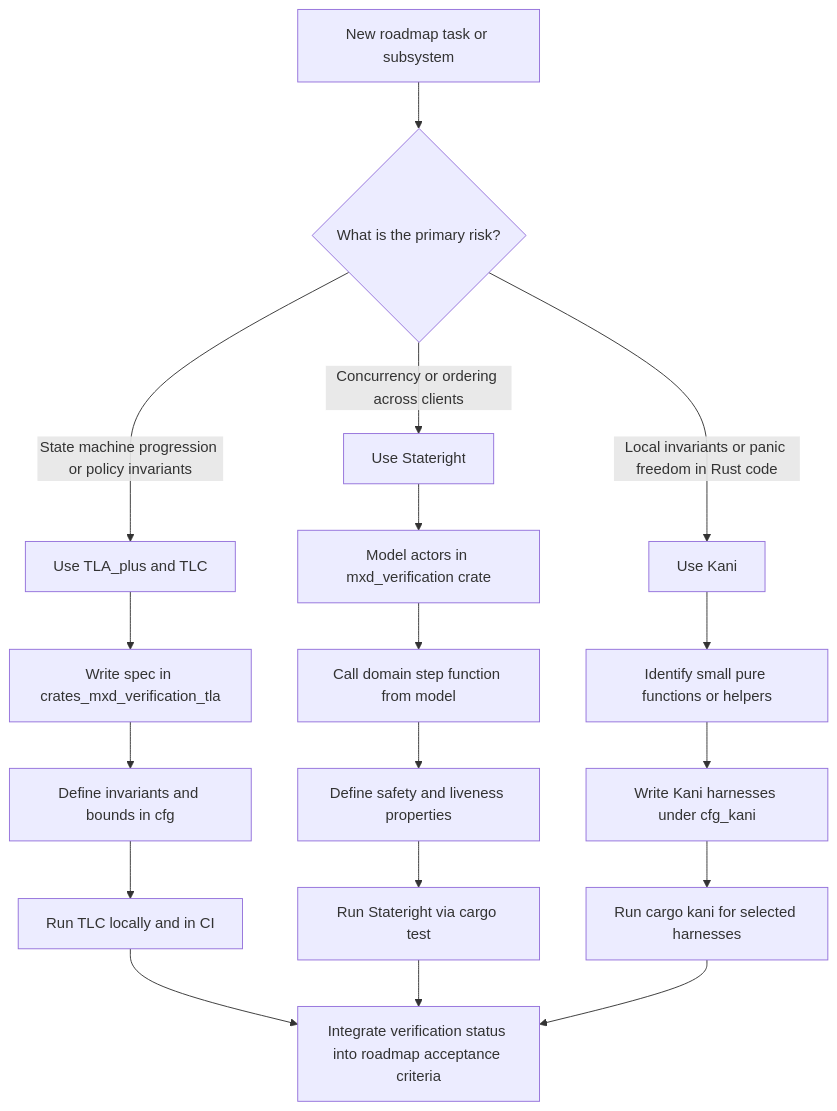
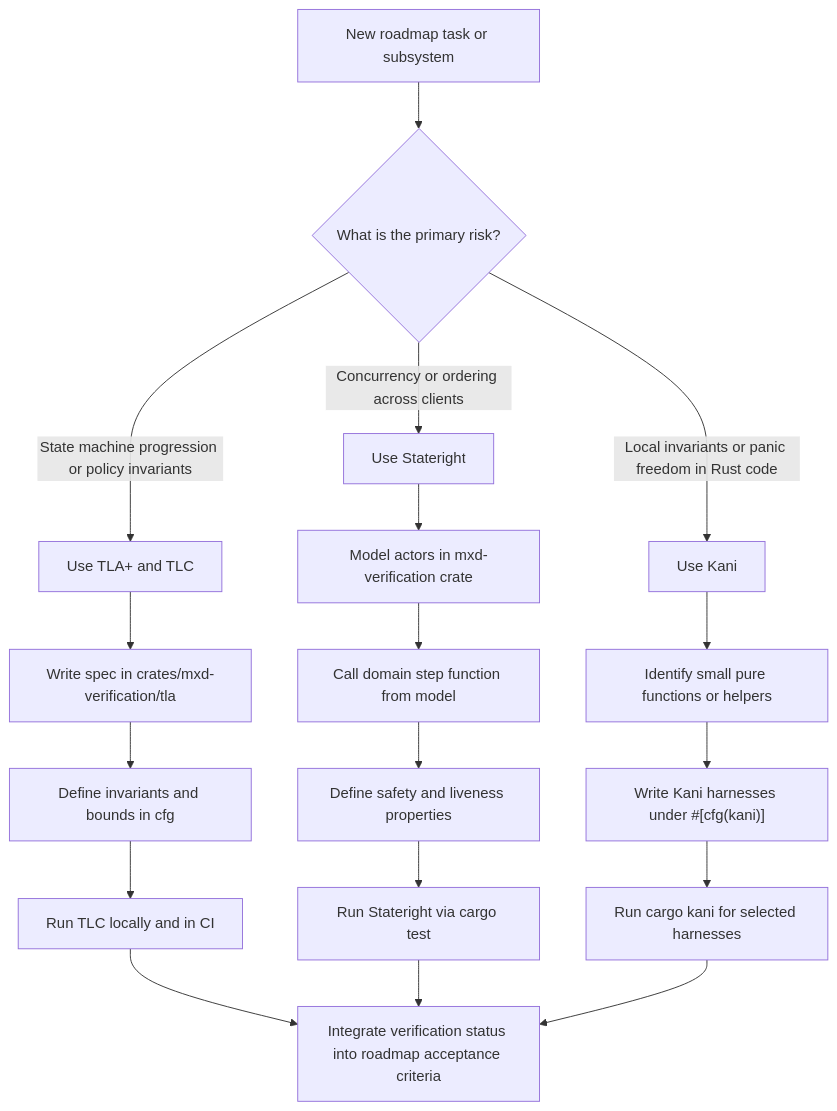
Before and after one commit to leynos/mxd: the diagram in docs/verification-strategy.md, drawn with Mermaid. The commit also changed 1 other file, not shown here.

Commit message:
docs(verification, roadmap): fix terminology and formatting in verification and roadmap docs
- In docs/roadmap.md, expanded 'ACL' abbreviation and improved line wraps.
- In docs/verification-strategy.md, fixed references to TLA+ and crate paths to match conventions.
- Added missing Rust attribute syntax #[cfg(kani)] for clarity in Kani harness section.

````diff
--- a/docs/verification-strategy.md
+++ b/docs/verification-strategy.md
@@ -98,24 +98,24 @@
 ```mermaid
 graph TD
   A[New roadmap task or subsystem] --> B{What is the primary risk?}
 
-  B -->|State machine progression or policy invariants| C[Use TLA_plus and TLC]
-  C --> C1[Write spec in crates_mxd_verification_tla]
+  B -->|State machine progression or policy invariants| C[Use TLA+ and TLC]
+  C --> C1["Write spec in crates/mxd-verification/tla"]
   C1 --> C2[Define invariants and bounds in cfg]
   C2 --> C3[Run TLC locally and in CI]
 
   B -->|Concurrency or ordering across clients| D[Use Stateright]
-  D --> D1[Model actors in mxd_verification crate]
+  D --> D1["Model actors in mxd-verification crate"]
   D1 --> D2[Call domain step function from model]
   D2 --> D3[Define safety and liveness properties]
   D3 --> D4[Run Stateright via cargo test]
 
   B -->|Local invariants or panic freedom in Rust code| E[Use Kani]
   E --> E1[Identify small pure functions or helpers]
-  E1 --> E2[Write Kani harnesses under cfg_kani]
+  E1 --> E2["Write Kani harnesses under #[cfg(kani)]"]
   E2 --> E3[Run cargo kani for selected harnesses]
 
   C3 --> F[Integrate verification status into roadmap acceptance criteria]
   D4 --> F
   E3 --> F
 ```
````
